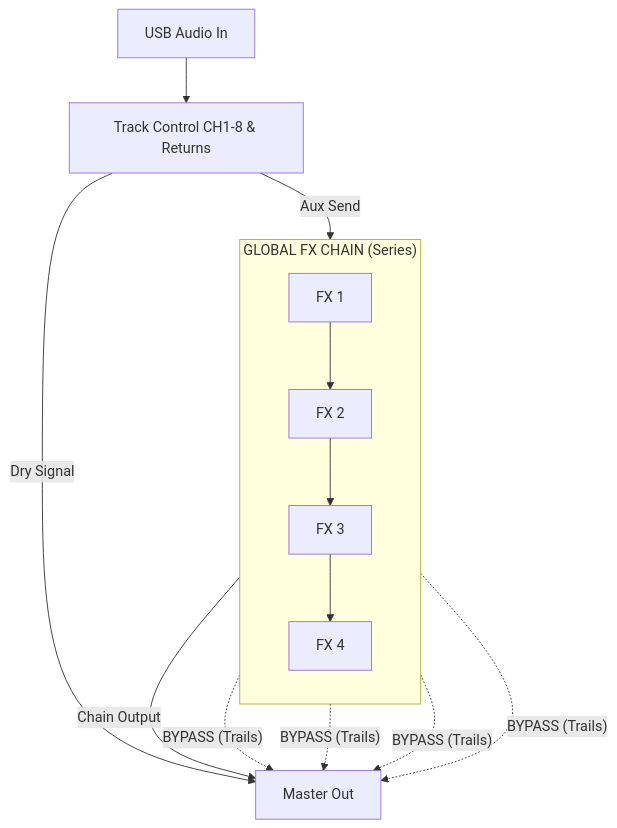
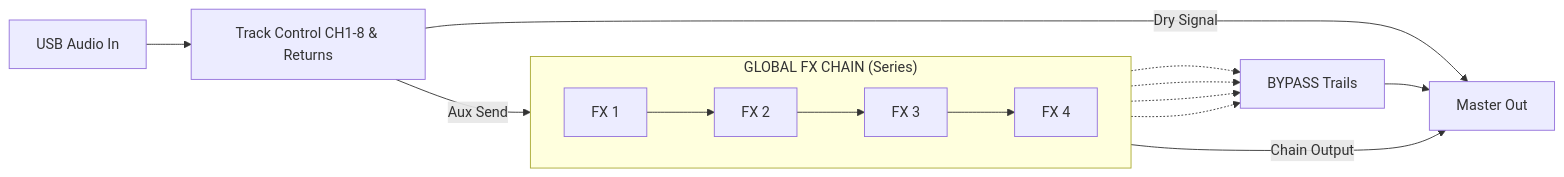
The diagram in en.md (ca5/m8fx_docs), drawn with Mermaid before and after one commit. The commit also changed 1 other file, not shown here.

Commit message:
Improve mermaid diagram layout for bypass trails

````diff
--- a/en.md
+++ b/en.md
@@ -12,19 +12,23 @@
 ```mermaid
-flowchart TD
+flowchart LR
     USBIn[USB Audio In] --> Tracks[Track Control CH1-8 & Returns]
     
     Tracks -- "Dry Signal" --> MasterOut[Master Out]
     Tracks -- "Aux Send" --> FX1
     
     subgraph fxchain ["GLOBAL FX CHAIN (Series)"]
-        direction TB
+        direction LR
         FX1[FX 1] --> FX2[FX 2] --> FX3[FX 3] --> FX4[FX 4]
     end
     
     FX4 -- "Chain Output" --> MasterOut
     
-    FX1 -. "BYPASS (Trails)" .-> MasterOut
-    FX2 -. "BYPASS (Trails)" .-> MasterOut
-    FX3 -. "BYPASS (Trails)" .-> MasterOut
-    FX4 -. "BYPASS (Trails)" .-> MasterOut
+    TrailsMix[BYPASS Trails]
+    
+    FX1 -.-> TrailsMix
+    FX2 -.-> TrailsMix
+    FX3 -.-> TrailsMix
+    FX4 -.-> TrailsMix
+    
+    TrailsMix --> MasterOut
 ```
````
